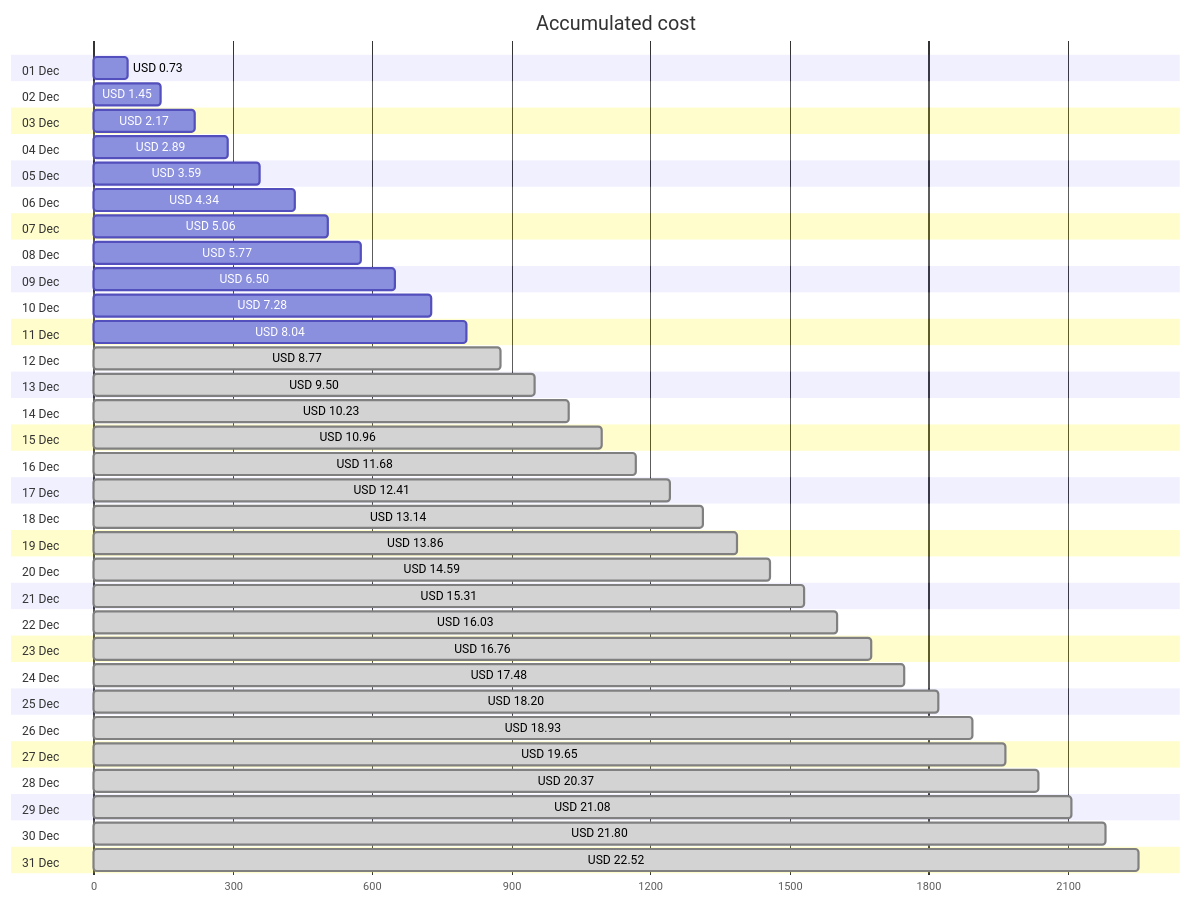
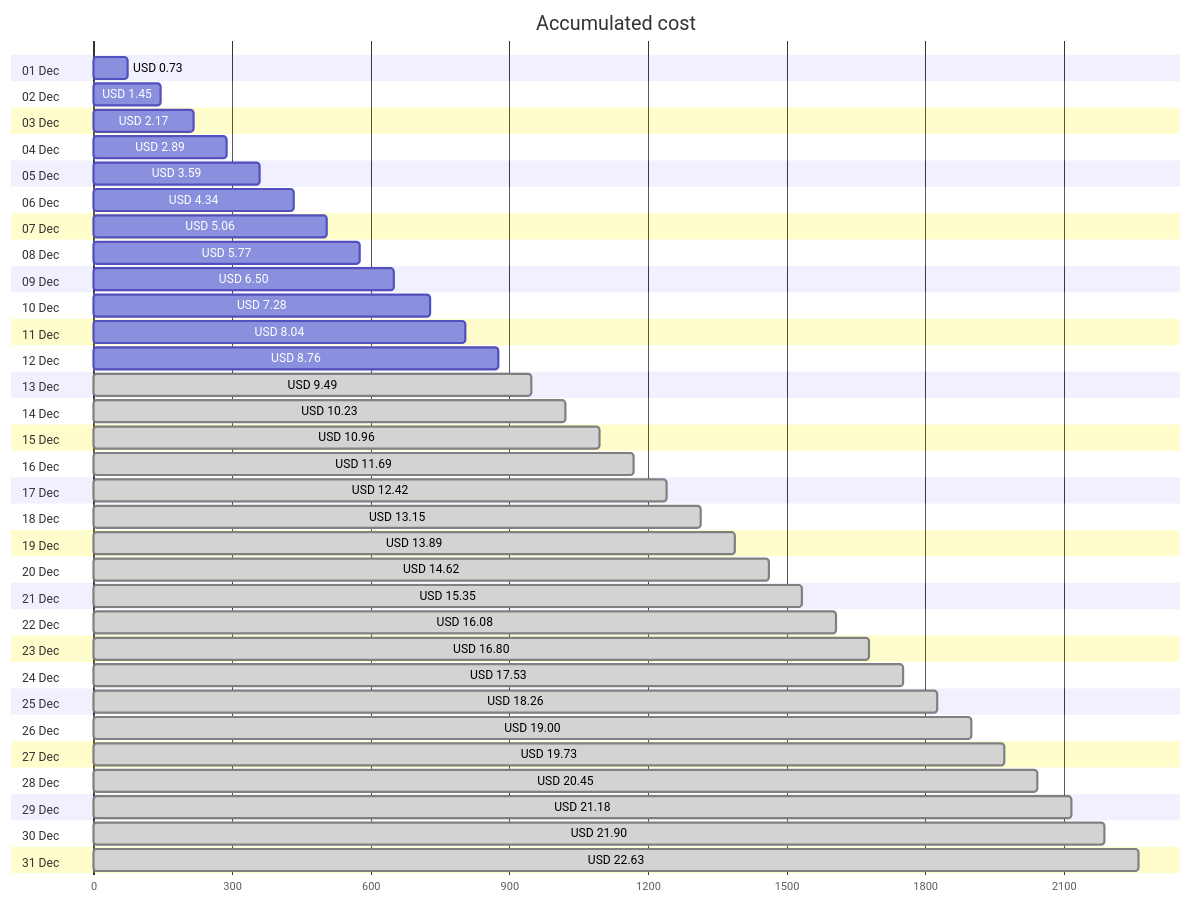
The first of 4 diagrams in cost-reports/personal-network/backup-server-data-disk.md (jpfulton/azure-personal-reports), drawn with Mermaid before and after one commit. The commit also changed other lines of this file and 8 other files, not shown here.

````diff
--- a/cost-reports/personal-network/backup-server-data-disk.md
+++ b/cost-reports/personal-network/backup-server-data-disk.md
@@ -20,68 +20,68 @@
 ```mermaid
 gantt
    title Accumulated cost
    dateFormat  X
    axisFormat %s
    section 01 Dec
    USD 0.73 :0, 73
    section 02 Dec
    USD 1.45 :0, 145
    section 03 Dec
    USD 2.17 :0, 217
    section 04 Dec
    USD 2.89 :0, 289
    section 05 Dec
    USD 3.59 :0, 359
    section 06 Dec
    USD 4.34 :0, 434
    section 07 Dec
    USD 5.06 :0, 506
    section 08 Dec
    USD 5.77 :0, 577
    section 09 Dec
    USD 6.50 :0, 650
    section 10 Dec
    USD 7.28 :0, 728
    section 11 Dec
    USD 8.04 :0, 804
    section 12 Dec
-   USD 8.77 : done, 0, 877
+   USD 8.76 :0, 876
    section 13 Dec
-   USD 9.50 : done, 0, 950
+   USD 9.49 : done, 0, 949
    section 14 Dec
    USD 10.23 : done, 0, 1023
    section 15 Dec
    USD 10.96 : done, 0, 1096
    section 16 Dec
-   USD 11.68 : done, 0, 1168
+   USD 11.69 : done, 0, 1169
    section 17 Dec
-   USD 12.41 : done, 0, 1241
+   USD 12.42 : done, 0, 1242
    section 18 Dec
-   USD 13.14 : done, 0, 1314
+   USD 13.15 : done, 0, 1315
    section 19 Dec
-   USD 13.86 : done, 0, 1386
+   USD 13.89 : done, 0, 1389
    section 20 Dec
-   USD 14.59 : done, 0, 1459
+   USD 14.62 : done, 0, 1462
    section 21 Dec
-   USD 15.31 : done, 0, 1531
+   USD 15.35 : done, 0, 1535
    section 22 Dec
-   USD 16.03 : done, 0, 1603
+   USD 16.08 : done, 0, 1608
    section 23 Dec
-   USD 16.76 : done, 0, 1676
+   USD 16.80 : done, 0, 1680
    section 24 Dec
-   USD 17.48 : done, 0, 1748
+   USD 17.53 : done, 0, 1753
    section 25 Dec
-   USD 18.20 : done, 0, 1820
+   USD 18.26 : done, 0, 1826
    section 26 Dec
-   USD 18.93 : done, 0, 1893
+   USD 19.00 : done, 0, 1900
    section 27 Dec
-   USD 19.65 : done, 0, 1965
+   USD 19.73 : done, 0, 1973
    section 28 Dec
-   USD 20.37 : done, 0, 2037
+   USD 20.45 : done, 0, 2045
    section 29 Dec
-   USD 21.08 : done, 0, 2108
+   USD 21.18 : done, 0, 2118
    section 30 Dec
-   USD 21.80 : done, 0, 2180
+   USD 21.90 : done, 0, 2190
    section 31 Dec
-   USD 22.52 : done, 0, 2252
+   USD 22.63 : done, 0, 2263
 ```
````
